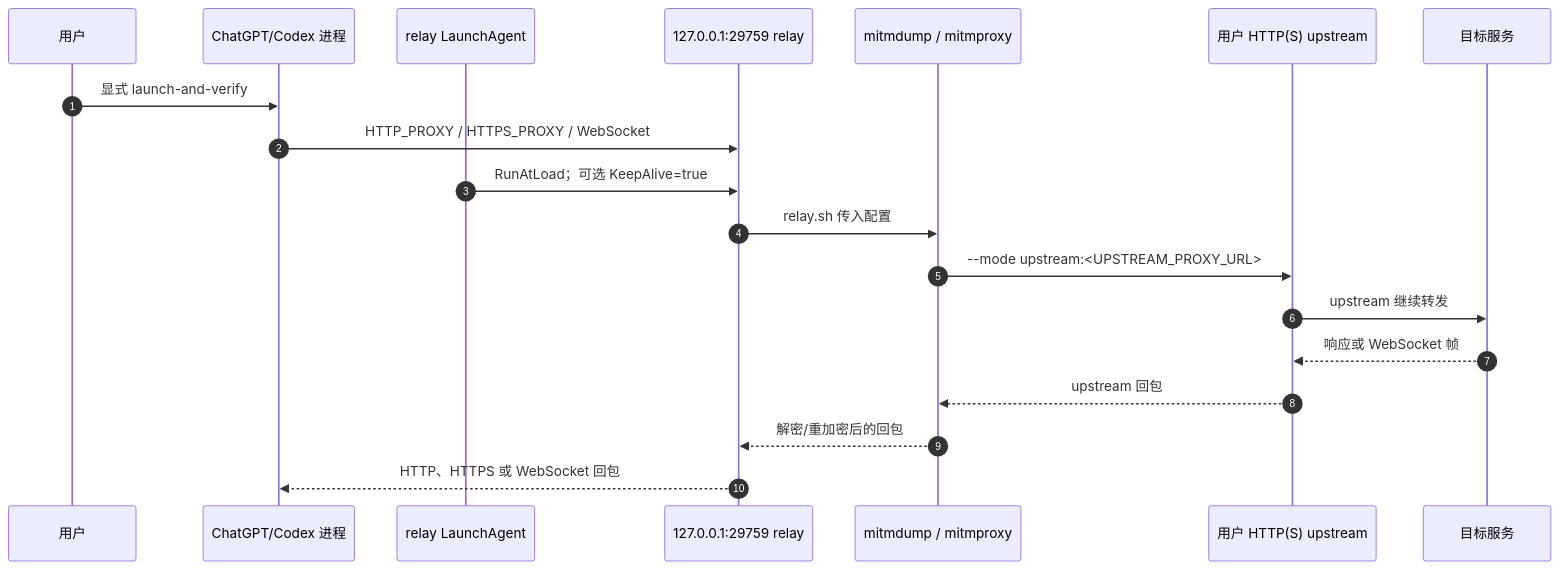
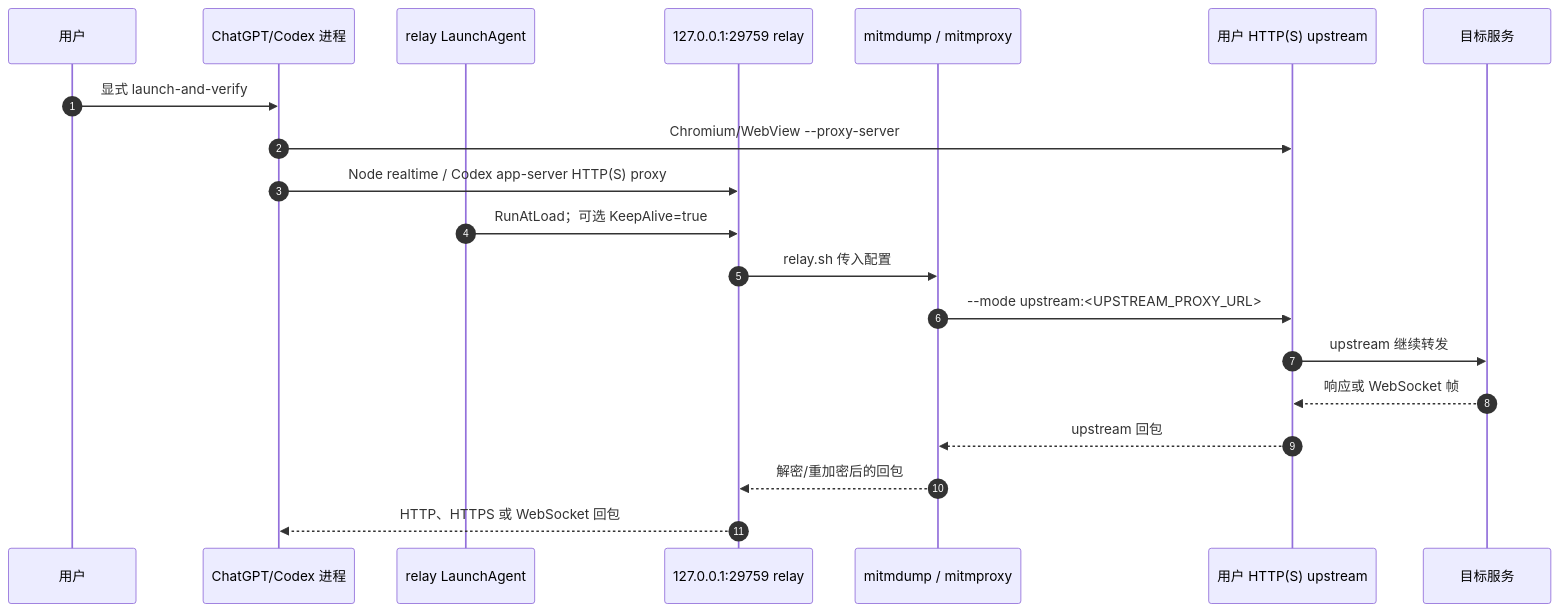
The diagram in docs/ARCHITECTURE.md (kumaxs/codex-proxy), drawn with Mermaid before and after one commit. The commit also changed other lines of this file and 6 other files, not shown here.

````diff
--- a/docs/ARCHITECTURE.md
+++ b/docs/ARCHITECTURE.md
@@ -18,22 +18,23 @@
 ```mermaid
 sequenceDiagram
   autonumber
   participant User as 用户
   participant C as ChatGPT/Codex 进程
   participant A as relay LaunchAgent
   participant R as 127.0.0.1:29759 relay
   participant M as mitmdump / mitmproxy
   participant U as 用户 HTTP(S) upstream
   participant T as 目标服务
 
   User->>C: 显式 launch-and-verify
-  C->>R: HTTP_PROXY / HTTPS_PROXY / WebSocket
+  C->>U: Chromium/WebView --proxy-server
+  C->>R: Node realtime / Codex app-server HTTP(S) proxy
   A->>R: RunAtLoad；可选 KeepAlive=true
   R->>M: relay.sh 传入配置
   M->>U: --mode upstream:<UPSTREAM_PROXY_URL>
   U->>T: upstream 继续转发
   T-->>U: 响应或 WebSocket 帧
   U-->>M: upstream 回包
   M-->>R: 解密/重加密后的回包
   R-->>C: HTTP、HTTPS 或 WebSocket 回包
 ```
````
